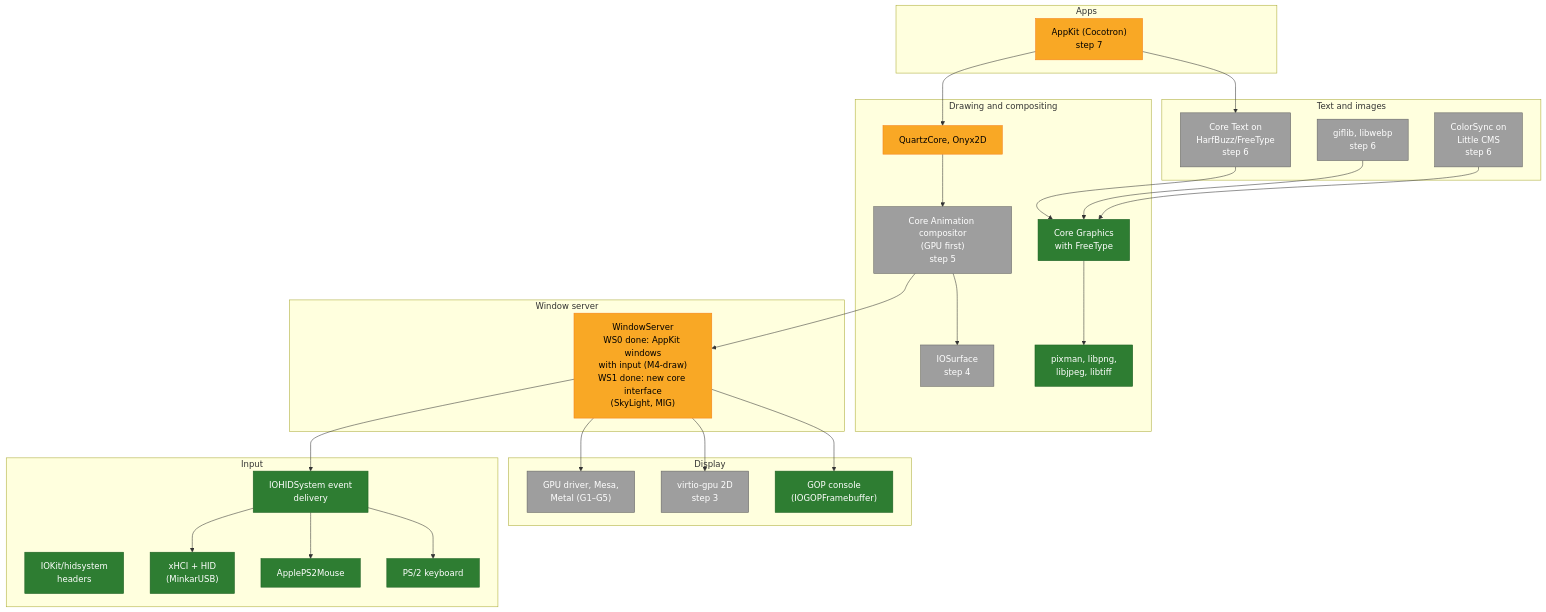
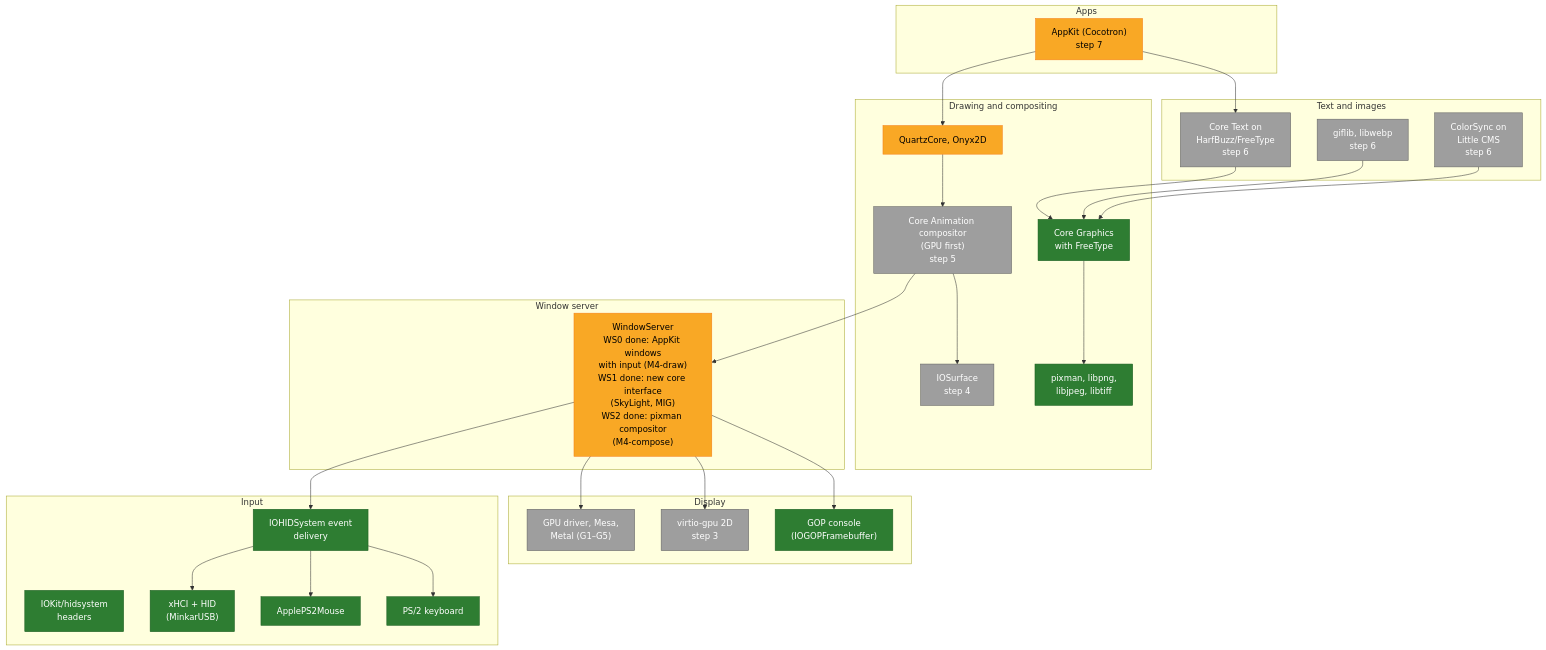
Before and after one commit to minkaros/minkar: the third of 4 diagrams in Docs/Progress.md, drawn with Mermaid. The commit also changed other lines of this file and 5 other files, not shown here.

First line of the commit message:
Docs: WS2 done (the new server composites AppKit windows, gate M4-compose)

````diff
--- a/Docs/Progress.md
+++ b/Docs/Progress.md
@@ -73,48 +73,48 @@
 ```mermaid
 flowchart TB
     subgraph APPS["Apps"]
         AK["AppKit (Cocotron)<br/>step 7"]:::partial
     end
     subgraph TEXT["Text and images"]
         CT["Core Text on<br/>HarfBuzz/FreeType<br/>step 6"]:::todo
         IMG["giflib, libwebp<br/>step 6"]:::todo
         CS["ColorSync on<br/>Little CMS<br/>step 6"]:::todo
     end
     subgraph DRAW["Drawing and compositing"]
         CG["Core Graphics<br/>with FreeType"]:::done
         LIBS["pixman, libpng,<br/>libjpeg, libtiff"]:::done
         QC["QuartzCore, Onyx2D"]:::partial
         CA["Core Animation compositor<br/>(GPU first)<br/>step 5"]:::todo
         IOS["IOSurface<br/>step 4"]:::todo
     end
     subgraph SERVER["Window server"]
-        WS["WindowServer<br/>WS0 done: AppKit windows<br/>with input (M4-draw)<br/>WS1 done: new core interface<br/>(SkyLight, MIG)"]:::partial
+        WS["WindowServer<br/>WS0 done: AppKit windows<br/>with input (M4-draw)<br/>WS1 done: new core interface<br/>(SkyLight, MIG)<br/>WS2 done: pixman compositor<br/>(M4-compose)"]:::partial
     end
     subgraph INPUT["Input"]
         HIDH["IOKit/hidsystem<br/>headers"]:::done
         USB["xHCI + HID<br/>(MinkarUSB)"]:::done
         KBD["PS/2 keyboard"]:::done
         MOUSE["ApplePS2Mouse"]:::done
         HIDS["IOHIDSystem event<br/>delivery"]:::done
     end
     subgraph DISPLAY["Display"]
         GOP["GOP console<br/>(IOGOPFramebuffer)"]:::done
         VGPU["virtio-gpu 2D<br/>step 3"]:::todo
         GPUD["GPU driver, Mesa,<br/>Metal (G1–G5)"]:::todo
     end
 
     AK --> CT & QC
     CT --> CG
     QC --> CA --> IOS
     CA --> WS
     WS --> GOP & VGPU & GPUD
     WS --> HIDS
     HIDS --> KBD & MOUSE & USB
     CG --> LIBS
     IMG --> CG
     CS --> CG
 
     classDef done fill:#2e7d32,stroke:#1b5e20,color:#fff
     classDef partial fill:#f9a825,stroke:#f57f17,color:#000
     classDef todo fill:#9e9e9e,stroke:#616161,color:#fff
 ```
````
